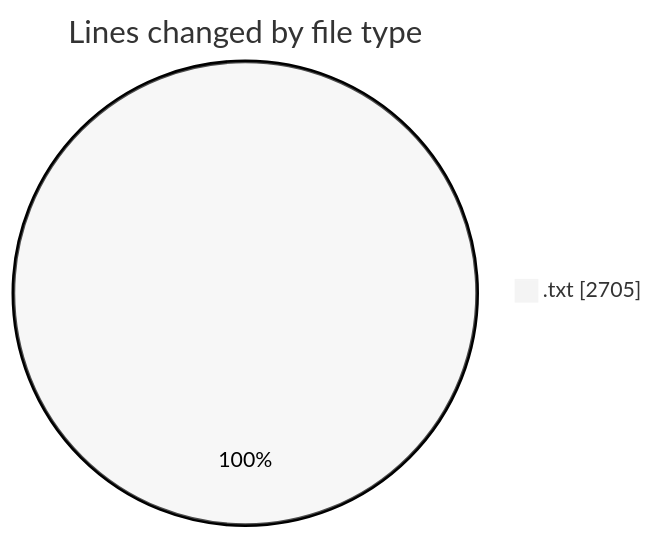
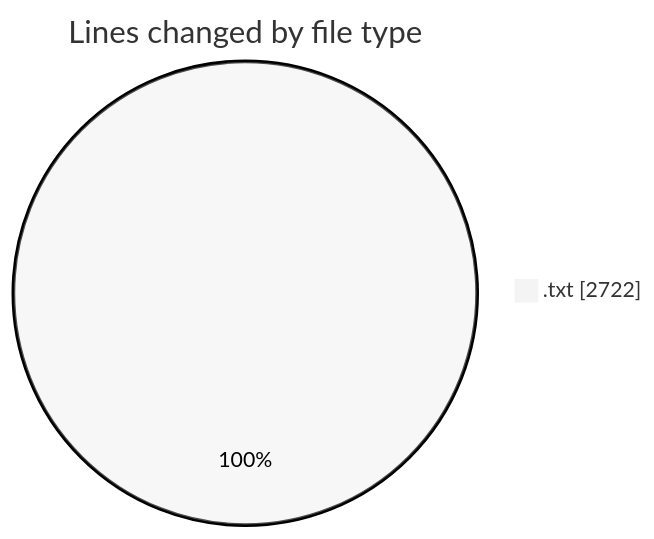
One commit to momahboobian/code-tracking changed the first of 2 diagrams in 2025-02-16/iptv_moreel_me/README.md. Above: the diagram before and after it, drawn with Mermaid (neutral theme). The commit also changed other lines of this file and 1 other file, not shown here.

````diff
--- a/2025-02-16/iptv_moreel_me/README.md
+++ b/2025-02-16/iptv_moreel_me/README.md
@@ -20,5 +20,5 @@
 ```mermaid
 pie showData
 title Lines changed by file type
-".txt" : 2705
+".txt" : 2722
 ```
````
